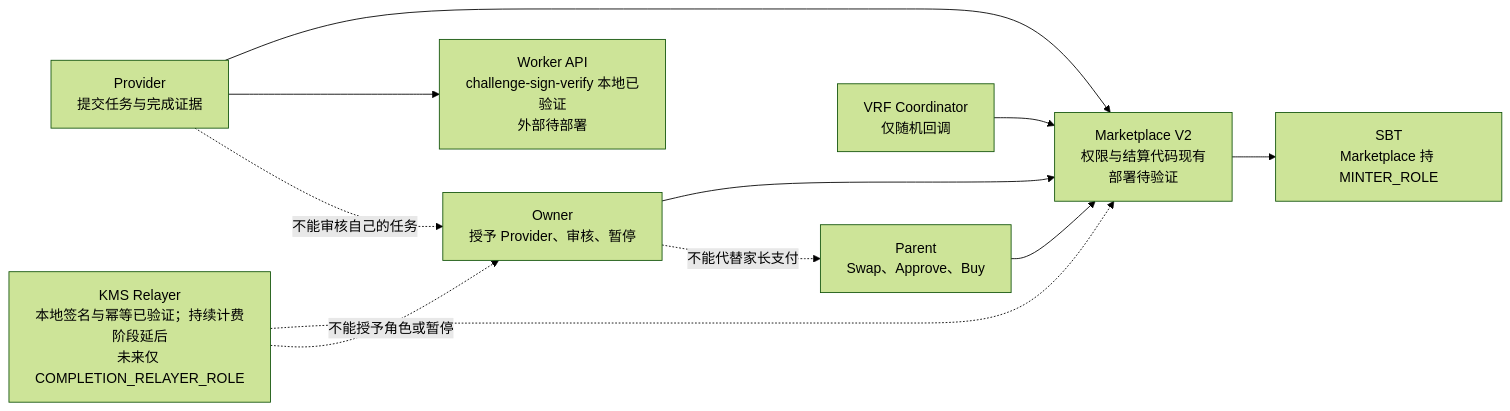
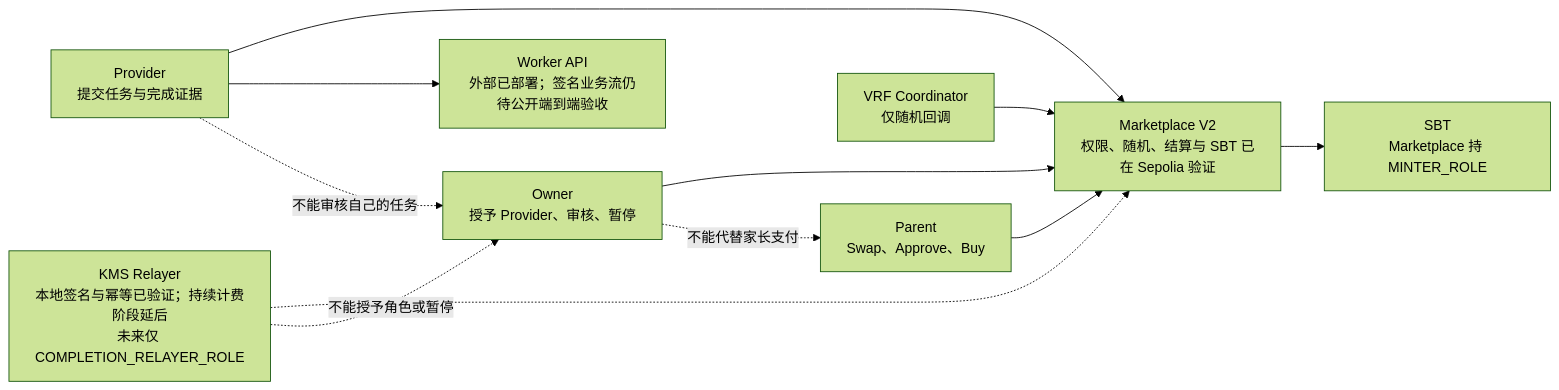
The seventh of 8 diagrams in docs/architecture/starbuddy-web3-architecture.mmd (Tiancheng-Xu/babysteps), drawn with Mermaid (forest theme) before and after one commit. The commit also changed other lines of this file and 29 other files, not shown here.

````diff
--- a/docs/architecture/starbuddy-web3-architecture.mmd
+++ b/docs/architecture/starbuddy-web3-architecture.mmd
@@ -203,14 +203,14 @@
 ```mermaid
 flowchart LR
-    owner2["Owner<br/>授予 Provider、审核、暂停"] --> market["Marketplace V2<br/>权限与结算代码现有<br/>部署待验证"]
+    owner2["Owner<br/>授予 Provider、审核、暂停"] --> market["Marketplace V2<br/>权限、随机、结算与 SBT 已在 Sepolia 验证"]
     provider2["Provider<br/>提交任务与完成证据"] --> market
-    provider2 --> api["Worker API<br/>challenge-sign-verify 本地已验证<br/>外部待部署"]
+    provider2 --> api["Worker API<br/>外部已部署；签名业务流仍待公开端到端验收"]
     parent2["Parent<br/>Swap、Approve、Buy"] --> market
     relayer2["KMS Relayer<br/>本地签名与幂等已验证；持续计费阶段延后<br/>未来仅 COMPLETION_RELAYER_ROLE"] -.-> market
     coordinator["VRF Coordinator<br/>仅随机回调"] --> market
     market --> sbt2["SBT<br/>Marketplace 持 MINTER_ROLE"]
 
     owner2 -. "不能代替家长支付" .-> parent2
     provider2 -. "不能审核自己的任务" .-> owner2
     relayer2 -. "不能授予角色或暂停" .-> owner2
 ```
````
